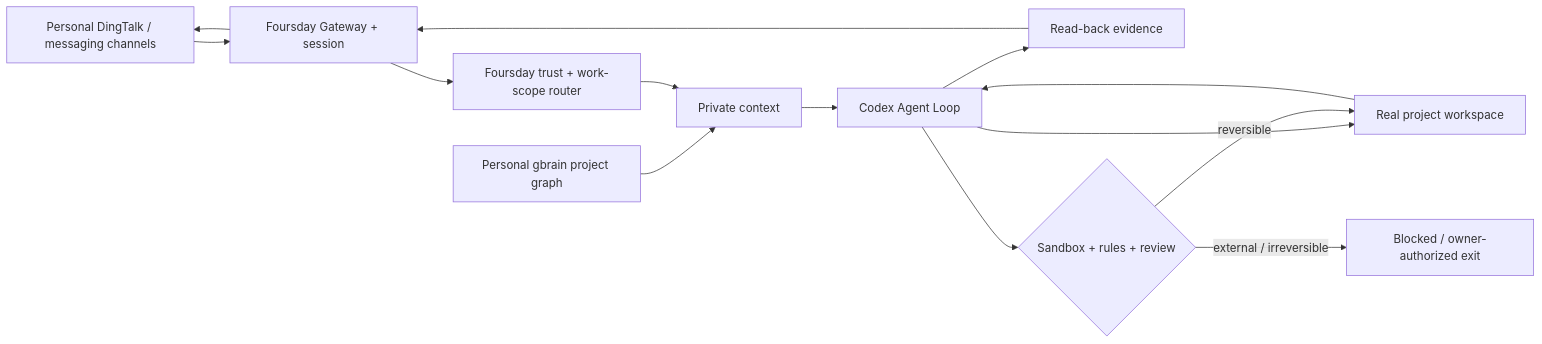
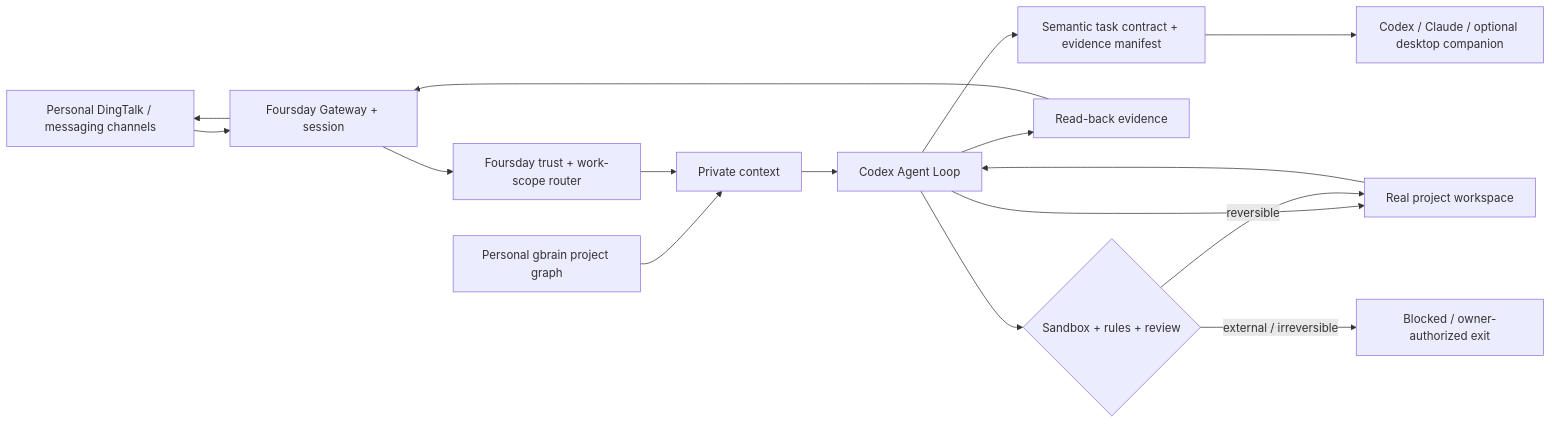
The diagram in README.md (ruiwang20010702/foursday), drawn with Mermaid before and after one commit. The commit also changed other lines of this file and 25 other files, not shown here.

Commit message:
feat: add semantic task ledger and desktop companion

````diff
--- a/README.md
+++ b/README.md
@@ -37,16 +37,18 @@
 ```mermaid
 flowchart LR
     M["Personal DingTalk / messaging channels"] --> T["Foursday Gateway + session"]
     T --> R["Foursday trust + work-scope router"]
     G["Personal gbrain project graph"] --> C["Private context"]
     R --> C
     C --> X["Codex Agent Loop"]
+    X --> L["Semantic task contract + evidence manifest"]
     X --> W["Real project workspace"]
     W --> X
     X --> V["Read-back evidence"]
     V --> T
+    L --> U["Codex / Claude / optional desktop companion"]
     T --> M
     X --> B{"Sandbox + rules + review"}
     B -->|"reversible"| W
     B -->|"external / irreversible"| O["Blocked / owner-authorized exit"]
 ```
````
